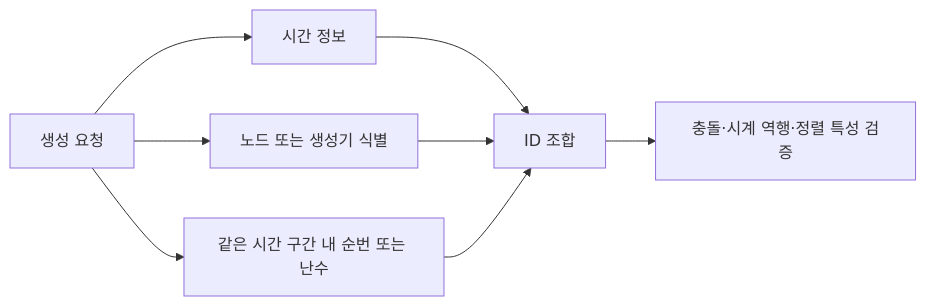
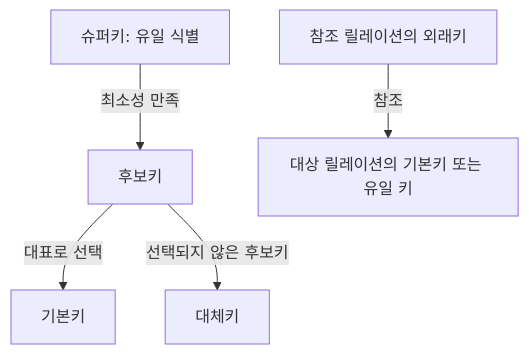
One commit to agnusdei1207/study changed the diagram in src/content/docs/notes/itpe/03-data/157_key.md. Above: the diagram before and after it, drawn with Mermaid. The commit also changed other lines of this file and 2 other files, not shown here.

````diff
--- a/src/content/docs/notes/itpe/03-data/157_key.md
+++ b/src/content/docs/notes/itpe/03-data/157_key.md
@@ -211,10 +116,7 @@
 ```mermaid
-flowchart LR
-    A[생성 요청] --> B[시간 정보]
-    A --> C[노드 또는 생성기 식별]
-    A --> D[같은 시간 구간 내 순번 또는 난수]
-    B --> E[ID 조합]
-    C --> E
-    D --> E
-    E --> F[충돌·시계 역행·정렬 특성 검증]
+flowchart TD
+    S[슈퍼키: 유일 식별] -->|최소성 만족| C[후보키]
+    C -->|대표로 선택| P[기본키]
+    C -->|선택되지 않은 후보키| A[대체키]
+    F[참조 릴레이션의 외래키] -->|참조| T[대상 릴레이션의 기본키 또는 유일 키]
 ```
````
